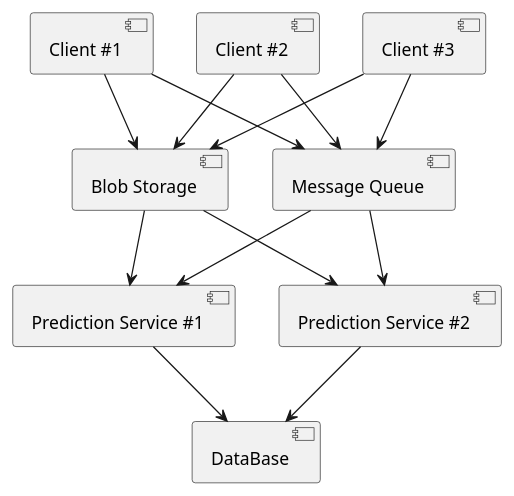
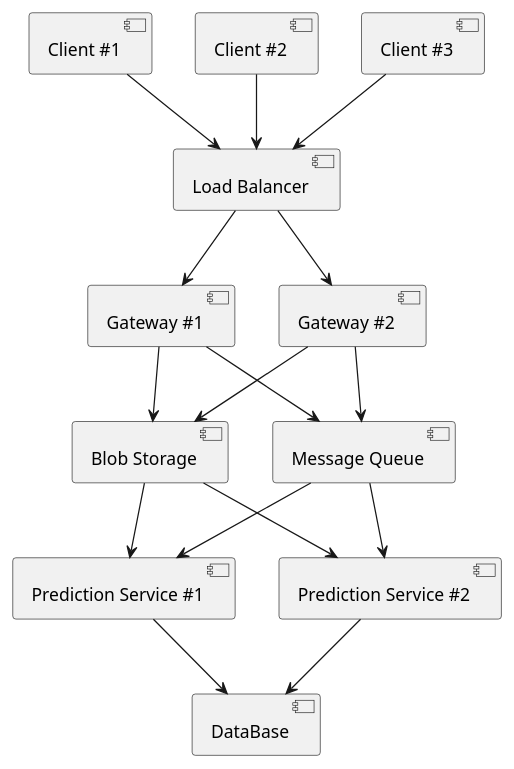
The diagram in v6.puml (Marcel-MD/ptr-exam), drawn with PlantUML before and after one commit. The commit also changed 4 other files, not shown here.

```diff
--- a/v6.puml
+++ b/v6.puml
@@ -1,32 +1,40 @@
 @startuml
 
 [DataBase] as DB
 [Blob Storage] as BS
+
+[Load Balancer] as LB
+[Gateway #1] as G1
+[Gateway #2] as G2
 
 [Message Queue] as MQ
 
 [Client #1] as C1
 [Client #2] as C2
 [Client #3] as C3
 
 [Prediction Service #1] as PS1
 [Prediction Service #2] as PS2
 
-C1 --> MQ
-C2 --> MQ
-C3 --> MQ
+C1 --> LB
+C2 --> LB
+C3 --> LB
 
-C1 --> BS
-C2 --> BS
-C3 --> BS
+LB --> G1
+LB --> G2
+
+G1 --> BS
+G2 --> BS
+G1 --> MQ
+G2 --> MQ
 
 MQ --> PS1
 MQ --> PS2
 
 BS --> PS1
 BS --> PS2
 
 PS1 --> DB
 PS2 --> DB
 
 @enduml
```
